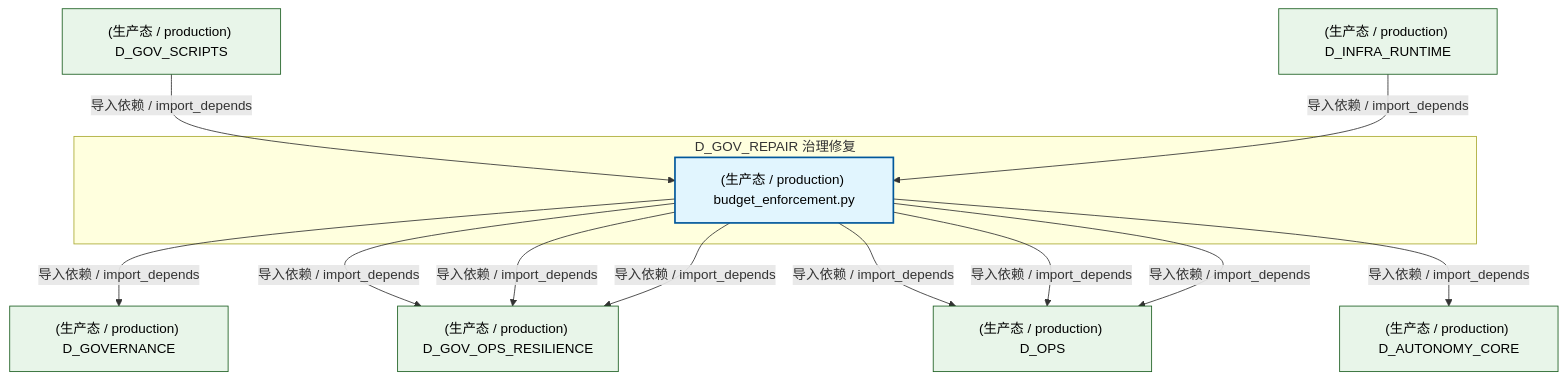
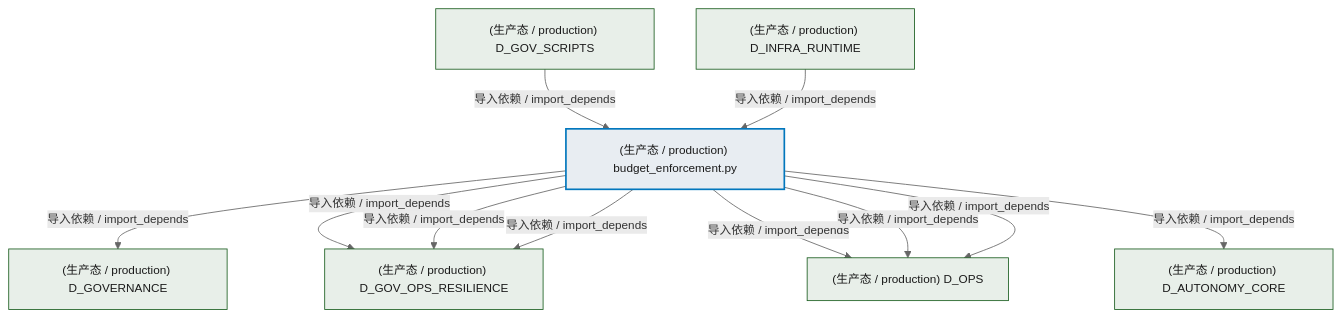
Before and after one commit to xuanFelixVan/ZephyrAlpha: the second of 3 diagrams in docs/02_enterprise_architecture/02_domain_architecture_docs/54_d_gov_repair.md, drawn with Mermaid. The commit also changed other lines of this file and 76 other files, not shown here.

````diff
--- a/docs/02_enterprise_architecture/02_domain_architecture_docs/54_d_gov_repair.md
+++ b/docs/02_enterprise_architecture/02_domain_architecture_docs/54_d_gov_repair.md
@@ -94,28 +93,27 @@
 ```mermaid
-graph TD
-    subgraph D_GOV_REPAIR["D_GOV_REPAIR 治理修复"]
-        src_zephyr_governance_financial_governance_budget_enforcement_py["(生产态 / production) budget_enforcement.py"]
-    end
+%%{init: {'theme': 'base', 'themeVariables': {'primaryColor': '#eaeaea', 'primaryTextColor': '#333333', 'primaryBorderColor': '#666666', 'lineColor': '#666666', 'secondaryColor': '#eaeaea', 'tertiaryColor': '#eaeaea', 'fontSize': '14px'}}}%%
+flowchart TD
+    src_zephyr_governance_financial_governance_budget_enforcement_py["(生产态 / production) budget_enforcement.py"]
     D_GOVERNANCE["(生产态 / production) D_GOVERNANCE"]
     src_zephyr_governance_financial_governance_budget_enforcement_py -->|导入依赖 / import_depends| D_GOVERNANCE
     D_GOV_OPS_RESILIENCE["(生产态 / production) D_GOV_OPS_RESILIENCE"]
     src_zephyr_governance_financial_governance_budget_enforcement_py -->|导入依赖 / import_depends| D_GOV_OPS_RESILIENCE
     src_zephyr_governance_financial_governance_budget_enforcement_py -->|导入依赖 / import_depends| D_GOV_OPS_RESILIENCE
     D_OPS["(生产态 / production) D_OPS"]
     src_zephyr_governance_financial_governance_budget_enforcement_py -->|导入依赖 / import_depends| D_OPS
     D_AUTONOMY_CORE["(生产态 / production) D_AUTONOMY_CORE"]
     src_zephyr_governance_financial_governance_budget_enforcement_py -->|导入依赖 / import_depends| D_AUTONOMY_CORE
     src_zephyr_governance_financial_governance_budget_enforcement_py -->|导入依赖 / import_depends| D_OPS
     src_zephyr_governance_financial_governance_budget_enforcement_py -->|导入依赖 / import_depends| D_GOV_OPS_RESILIENCE
     src_zephyr_governance_financial_governance_budget_enforcement_py -->|导入依赖 / import_depends| D_OPS
     D_GOV_SCRIPTS["(生产态 / production) D_GOV_SCRIPTS"]
     D_GOV_SCRIPTS -->|导入依赖 / import_depends| src_zephyr_governance_financial_governance_budget_enforcement_py
     D_INFRA_RUNTIME["(生产态 / production) D_INFRA_RUNTIME"]
     D_INFRA_RUNTIME -->|导入依赖 / import_depends| src_zephyr_governance_financial_governance_budget_enforcement_py
-    classDef production fill:#e1f5fe,stroke:#01579b,stroke-width:2px,color:#000
-    classDef design fill:#fff3e0,stroke:#e65100,stroke-width:2px,color:#000,stroke-dasharray: 5 5
-    classDef external_prod fill:#e8f5e9,stroke:#1b5e20,stroke-width:1px,color:#000
-    classDef external_design fill:#fce4ec,stroke:#880e4f,stroke-width:1px,color:#000,stroke-dasharray: 5 5
+    classDef production fill:#e8edf2,stroke:#0277bd,stroke-width:2px,color:#1a1a1a
+    classDef design fill:#f0ebe3,stroke:#bf360c,stroke-width:2px,color:#1a1a1a,stroke-dasharray: 5 5
+    classDef external_prod fill:#e8efe9,stroke:#1b5e20,stroke-width:1px,color:#1a1a1a
+    classDef external_design fill:#efe5ea,stroke:#880e4f,stroke-width:1px,color:#1a1a1a,stroke-dasharray: 5 5
     class src_zephyr_governance_financial_governance_budget_enforcement_py production
     class D_GOVERNANCE,D_GOV_OPS_RESILIENCE,D_OPS,D_AUTONOMY_CORE,D_GOV_SCRIPTS,D_INFRA_RUNTIME external_prod
 ```
````
